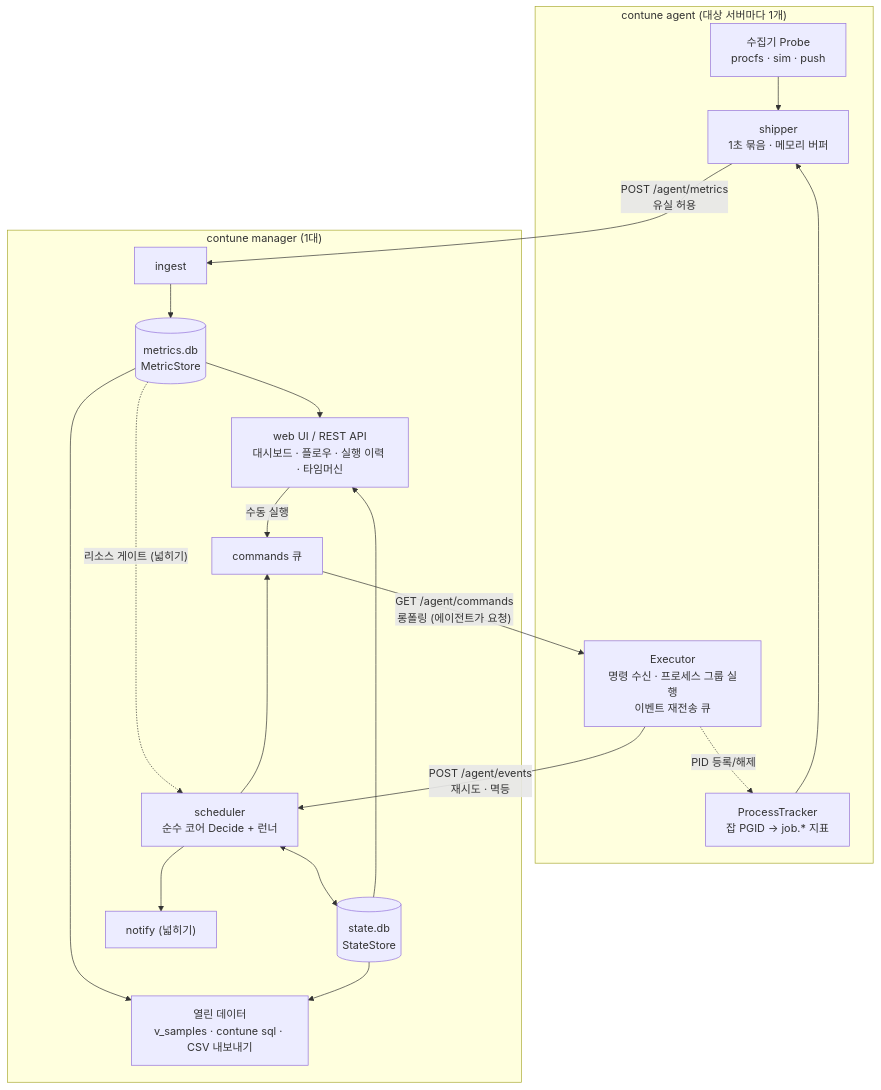
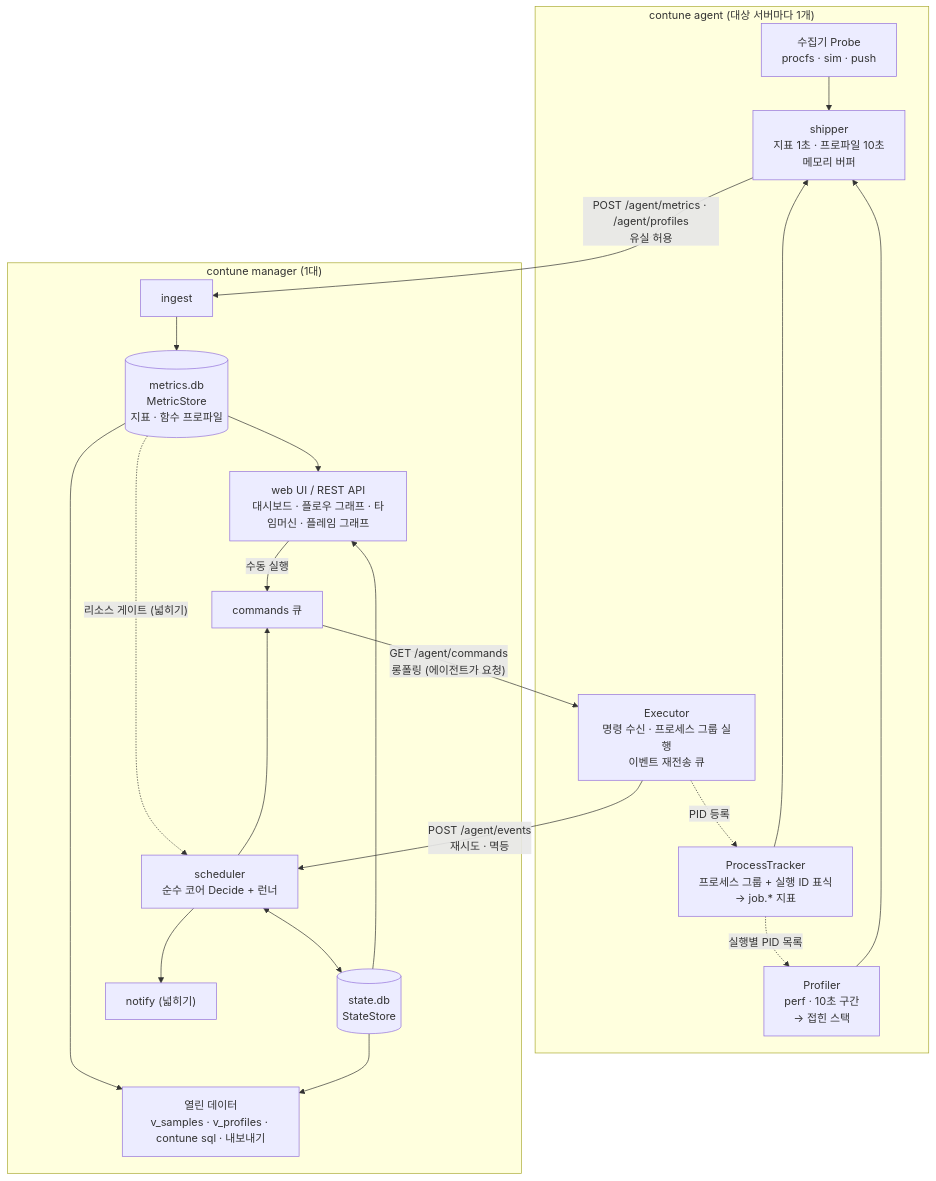
One commit to bulletgirls/contune changed the first of 3 diagrams in docs/02-mvp-architecture.md. Above: the diagram before and after it, drawn with Mermaid. The commit also changed other lines of this file and 3 other files, not shown here.

First line of the commit message:
docs: 함수 단위 추적과 플로우 그래프를 핵심 개념으로 반영

````diff
--- a/docs/02-mvp-architecture.md
+++ b/docs/02-mvp-architecture.md
@@ -55,35 +59,38 @@
 ```mermaid
 flowchart TB
   subgraph AG["contune agent (대상 서버마다 1개)"]
     P["수집기 Probe<br/>procfs · sim · push"]
-    T["ProcessTracker<br/>잡 PGID → job.* 지표"]
-    S["shipper<br/>1초 묶음 · 메모리 버퍼"]
     E["Executor<br/>명령 수신 · 프로세스 그룹 실행<br/>이벤트 재전송 큐"]
+    T["ProcessTracker<br/>프로세스 그룹 + 실행 ID 표식<br/>→ job.* 지표"]
+    PR["Profiler<br/>perf · 10초 구간<br/>→ 접힌 스택"]
+    S["shipper<br/>지표 1초 · 프로파일 10초<br/>메모리 버퍼"]
     P --> S
     T --> S
-    E -.->|PID 등록/해제| T
+    PR --> S
+    E -.->|PID 등록| T
+    T -.->|실행별 PID 목록| PR
   end
   subgraph MG["contune manager (1대)"]
     I["ingest"]
-    MS[("metrics.db<br/>MetricStore")]
+    MS[("metrics.db<br/>MetricStore<br/>지표 · 함수 프로파일")]
     SS[("state.db<br/>StateStore")]
     SC["scheduler<br/>순수 코어 Decide + 런너"]
     Q["commands 큐"]
-    W["web UI / REST API<br/>대시보드 · 플로우 · 실행 이력 · 타임머신"]
-    D["열린 데이터<br/>v_samples · contune sql · CSV 내보내기"]
+    W["web UI / REST API<br/>대시보드 · 플로우 그래프 · 타임머신 · 플레임 그래프"]
+    D["열린 데이터<br/>v_samples · v_profiles · contune sql · 내보내기"]
     N["notify (넓히기)"]
     I --> MS
     MS --> W
     SS --> W
     MS --> D
     SS --> D
     MS -.->|"리소스 게이트 (넓히기)"| SC
     SC <--> SS
     SC --> Q
     SC --> N
     W -- "수동 실행" --> Q
   end
-  S -- "POST /agent/metrics<br/>유실 허용" --> I
+  S -- "POST /agent/metrics · /agent/profiles<br/>유실 허용" --> I
   E -- "POST /agent/events<br/>재시도 · 멱등" --> SC
   Q -- "GET /agent/commands<br/>롱폴링 (에이전트가 요청)" --> E
 ```
````
